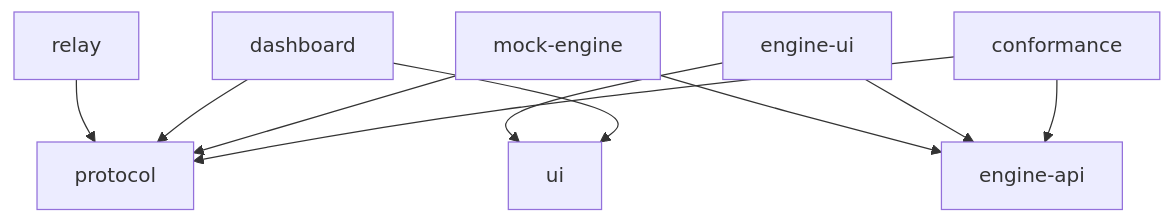
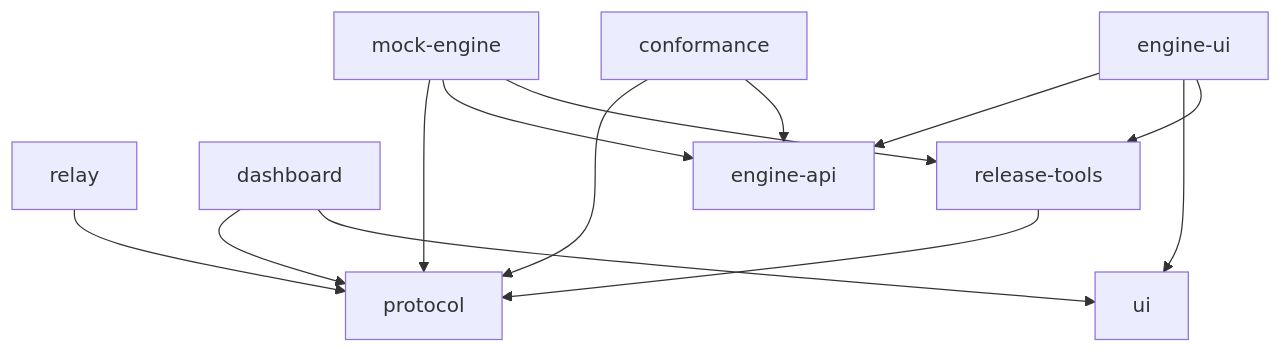
One commit to webgptorg/app changed the second of 2 diagrams in docs/architecture.md. Above: the diagram before and after it, drawn with Mermaid. The commit also changed other lines of this file and 39 other files, not shown here.

Commit message:
refactor(repo): hoist the Sigstore verifier and tar codec into release-tools

````diff
--- a/docs/architecture.md
+++ b/docs/architecture.md
@@ -34,12 +34,15 @@
 ```mermaid
 flowchart TD
     relay --> protocol
     dashboard --> protocol
     mock-engine --> protocol
     mock-engine --> engine-api
     engine-ui --> engine-api
     engine-ui --> ui
     dashboard --> ui
     conformance --> protocol
     conformance --> engine-api
+    engine-ui --> release-tools
+    mock-engine --> release-tools
+    release-tools --> protocol
 ```
````
